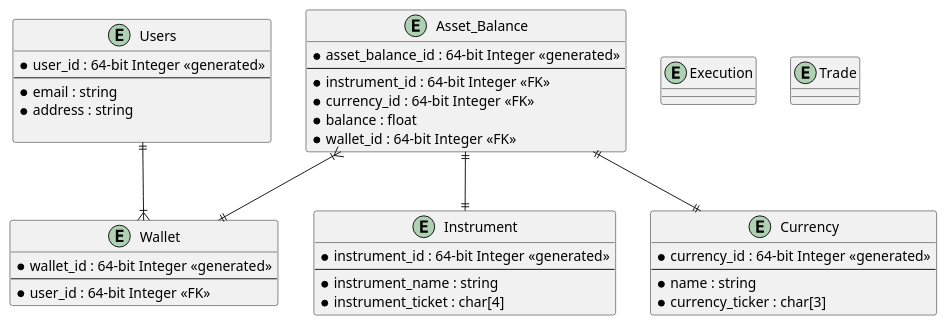
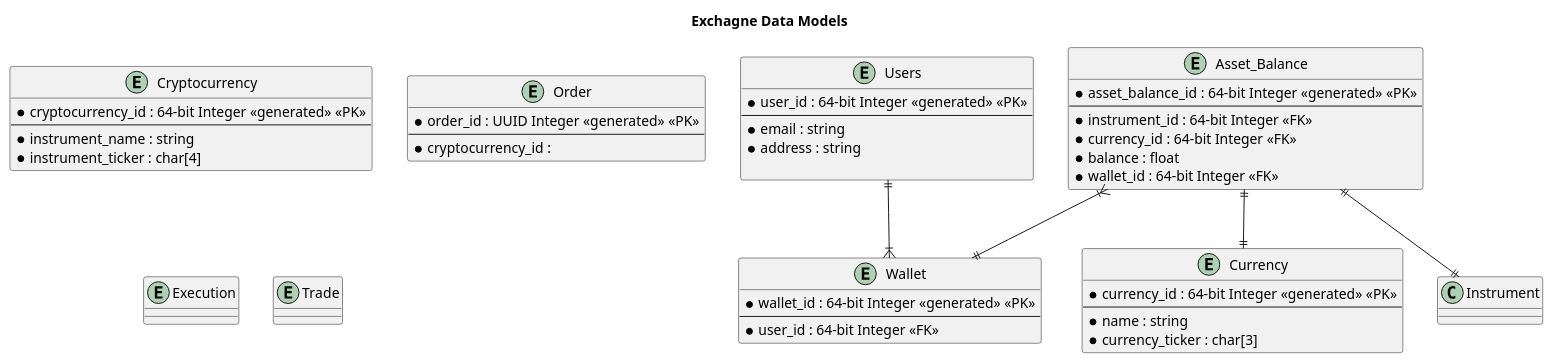
One commit to shanebrewer/system_design_questions changed the diagram in stock_exchange/docs/diagrams/src/data_models.plantuml. Above: the diagram before and after it, drawn with PlantUML. The commit also changed 10 other files, not shown here.

```diff
--- a/stock_exchange/docs/diagrams/src/data_models.plantuml
+++ b/stock_exchange/docs/diagrams/src/data_models.plantuml
@@ -1,57 +1,62 @@
-@startuml Exchange Data Models
+@startuml  exchange_data_models
+title Exchagne Data Models
 
 entity Users {
-    * user_id : 64-bit Integer <<generated>>
+    * user_id : 64-bit Integer <<generated>> <<PK>>
     --
     * email : string
     * address : string
 
 }
 
 entity Wallet {
-    * wallet_id : 64-bit Integer <<generated>>
+    * wallet_id : 64-bit Integer <<generated>> <<PK>>
     --
     * user_id : 64-bit Integer <<FK>>
 }
 
-entity Instrument {
-    * instrument_id : 64-bit Integer <<generated>>
+entity Cryptocurrency {
+    * cryptocurrency_id : 64-bit Integer <<generated>> <<PK>>
     --
     * instrument_name : string
-    * instrument_ticket : char[4]
+    * instrument_ticker : char[4]
 }
 
 entity Asset_Balance {
-    * asset_balance_id : 64-bit Integer <<generated>>
+    * asset_balance_id : 64-bit Integer <<generated>> <<PK>>
     --
     * instrument_id : 64-bit Integer <<FK>>
     * currency_id : 64-bit Integer <<FK>>
     * balance : float 
     * wallet_id : 64-bit Integer <<FK>>
 }
 
 entity Currency {
-    * currency_id : 64-bit Integer <<generated>>
+    * currency_id : 64-bit Integer <<generated>> <<PK>>
     --
     * name : string
     * currency_ticker : char[3]
 }
 
-
+entity Order {
+    * order_id : UUID Integer <<generated>> <<PK>>
+    --
+    * cryptocurrency_id : 
+}
 
 entity Execution {
 
 }
 
 entity Trade {
 
 }
 
 
 
 Users ||--|{ Wallet
 Asset_Balance }|--|| Wallet
 Asset_Balance ||--|| Instrument
 Asset_Balance ||--|| Currency
 
 @enduml
```
